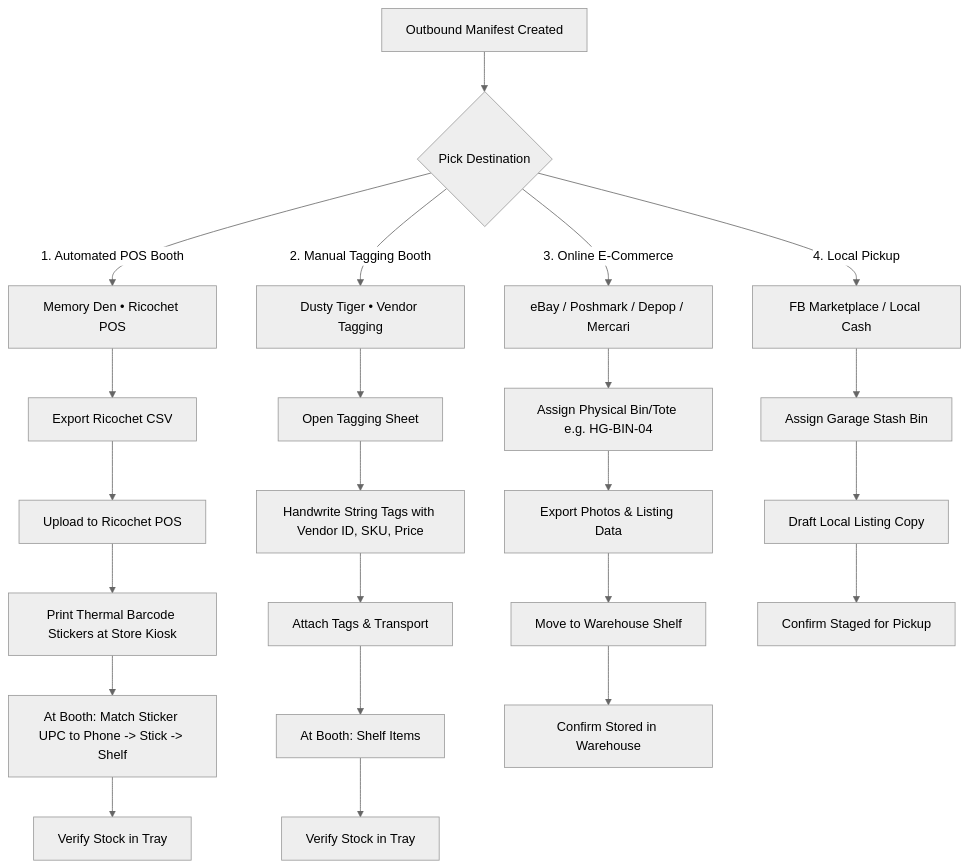
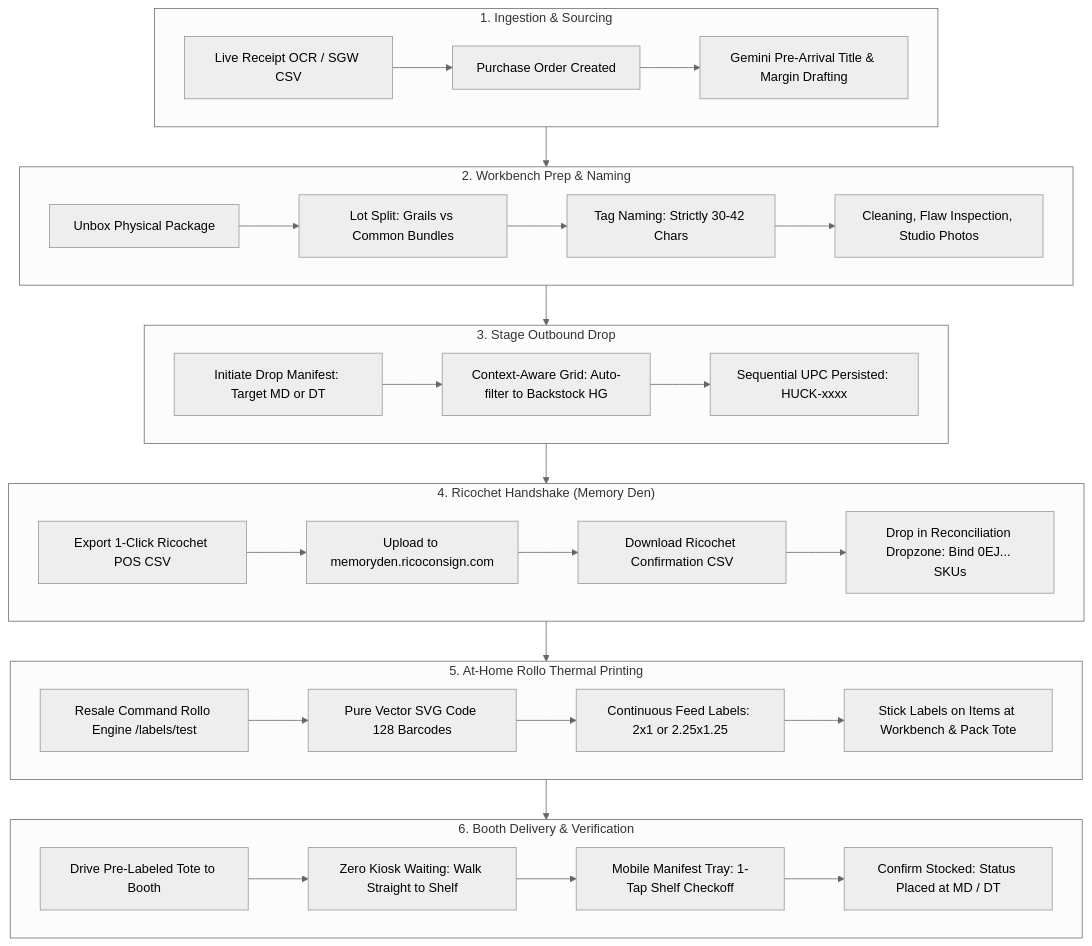
The diagram in .agents/skills/haul-ingestion/SKILL.md (HuckCollective/ResaleCommand), drawn with Mermaid (neutral theme) before and after one commit. The commit also changed other lines of this file and 4 other files, not shown here.

Commit message:
docs: codify 6-stage drop lifecycle, rollo printing at home, and selection tray protocol in skills; feat: add rollo label test workbench

````diff
--- a/.agents/skills/haul-ingestion/SKILL.md
+++ b/.agents/skills/haul-ingestion/SKILL.md
@@ -66,16 +22,41 @@
 ```mermaid
 flowchart TD
-    M[Outbound Manifest Created] --> L{Pick Destination}
-    L -->|1. Automated POS Booth| MD[Memory Den • Ricochet POS]
-    L -->|2. Manual Tagging Booth| DT[Dusty Tiger • Vendor Tagging]
-    L -->|3. Online E-Commerce| ON[eBay / Poshmark / Depop / Mercari]
-    L -->|4. Local Pickup| FB[FB Marketplace / Local Cash]
+    subgraph Stage1["1. Ingestion & Sourcing"]
+        A1[Live Receipt OCR / SGW CSV] --> A2[Purchase Order Created]
+        A2 --> A3[Gemini Pre-Arrival Title & Margin Drafting]
+    end
 
-    MD --> MD1[Export Ricochet CSV] --> MD2[Upload to Ricochet POS] --> MD3[Print Thermal Barcode Stickers at Store Kiosk] --> MD4[At Booth: Match Sticker UPC to Phone -> Stick -> Shelf] --> MD5[Verify Stock in Tray]
-    
-    DT --> DT1[Open Tagging Sheet] --> DT2[Handwrite String Tags with Vendor ID, SKU, Price] --> DT3[Attach Tags & Transport] --> DT4[At Booth: Shelf Items] --> DT5[Verify Stock in Tray]
+    subgraph Stage2["2. Workbench Prep & Naming"]
+        B1[Unbox Physical Package] --> B2[Lot Split: Grails vs Common Bundles]
+        B2 --> B3[Tag Naming: Strictly 30-42 Chars]
+        B3 --> B4[Cleaning, Flaw Inspection, Studio Photos]
+    end
 
-    ON --> ON1[Assign Physical Bin/Tote e.g. HG-BIN-04] --> ON2[Export Photos & Listing Data] --> ON3[Move to Warehouse Shelf] --> ON4[Confirm Stored in Warehouse]
+    subgraph Stage3["3. Stage Outbound Drop"]
+        C1[Initiate Drop Manifest: Target MD or DT]
+        C1 --> C2[Context-Aware Grid: Auto-filter to Backstock HG]
+        C2 --> C3[Sequential UPC Persisted: HUCK-xxxx]
+    end
 
-    FB --> FB1[Assign Garage Stash Bin] --> FB2[Draft Local Listing Copy] --> FB3[Confirm Staged for Pickup]
+    subgraph Stage4["4. Ricochet Handshake (Memory Den)"]
+        D1[Export 1-Click Ricochet POS CSV] --> D2[Upload to memoryden.ricoconsign.com]
+        D2 --> D3[Download Ricochet Confirmation CSV]
+        D3 --> D4[Drop in Reconciliation Dropzone: Bind 0EJ... SKUs]
+    end
+
+    subgraph Stage5["5. At-Home Rollo Thermal Printing"]
+        E1[Resale Command Rollo Engine /labels/test]
+        E1 --> E2[Pure Vector SVG Code 128 Barcodes]
+        E2 --> E3[Continuous Feed Labels: 2x1 or 2.25x1.25]
+        E3 --> E4[Stick Labels on Items at Workbench & Pack Tote]
+    end
+
+    subgraph Stage6["6. Booth Delivery & Verification"]
+        F1[Drive Pre-Labeled Tote to Booth]
+        F1 --> F2[Zero Kiosk Waiting: Walk Straight to Shelf]
+        F2 --> F3[Mobile Manifest Tray: 1-Tap Shelf Checkoff]
+        F3 --> F4[Confirm Stocked: Status Placed at MD / DT]
+    end
+
+    Stage1 --> Stage2 --> Stage3 --> Stage4 --> Stage5 --> Stage6
 ```
````
